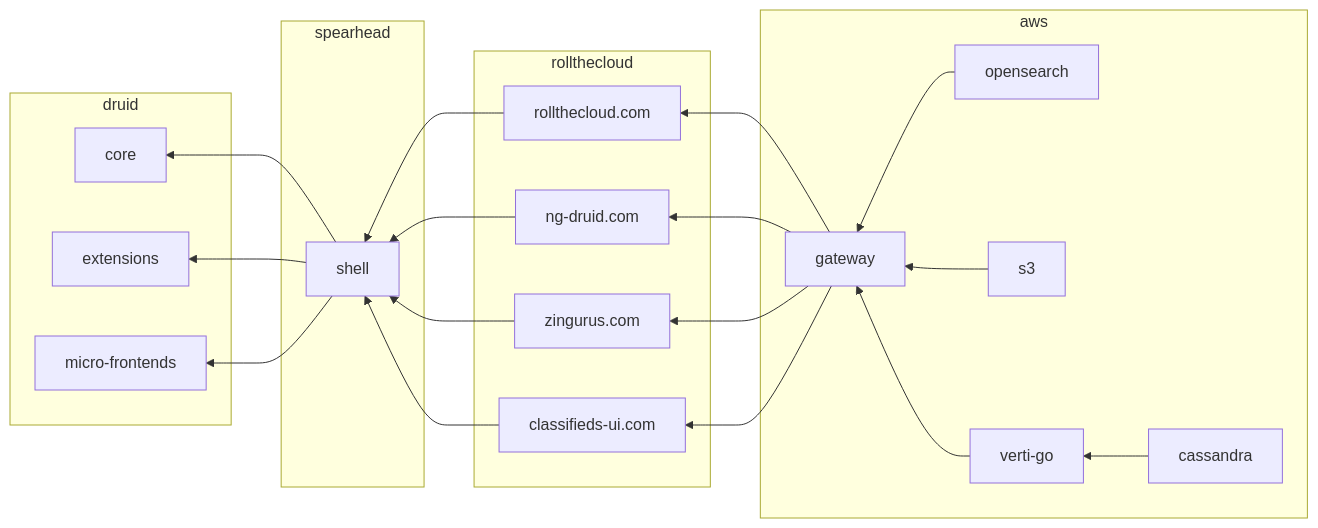
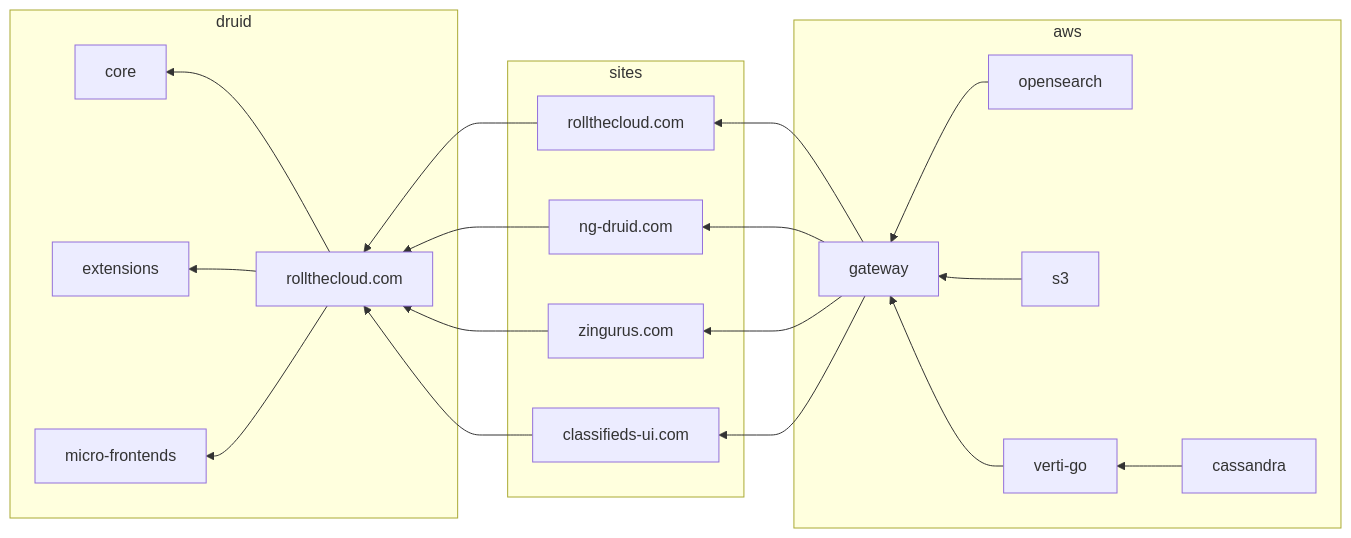
Before and after one commit to rollthecloudinc/quell: the diagram in architecture/ecosystem/README.md, drawn with Mermaid.

````diff
--- a/architecture/ecosystem/README.md
+++ b/architecture/ecosystem/README.md
@@ -5,29 +5,27 @@
 ```mermaid
 flowchart RL
 subgraph druid
 core
 extensions
 micro-frontends
+rollthecloud[rollthecloud.com]-->core
+rollthecloud-->extensions
+rollthecloud-->micro-frontends
 end
-subgraph spearhead
-shell-->core
-shell-->extensions
-shell-->micro-frontends
-end
-subgraph rollthecloud
-dcloud[rollthecloud.com]-->shell
-druid2[ng-druid.com]-->shell
-zingurus[zingurus.com]-->shell
-classifieds-ui[classifieds-ui.com]-->shell
+subgraph sites
+dcloud[rollthecloud.com]-->rollthecloud
+druid2[ng-druid.com]-->rollthecloud
+zingurus[zingurus.com]-->rollthecloud
+classifieds-ui[classifieds-ui.com]-->rollthecloud
 end
 subgraph aws
 gateway-->dcloud
 gateway-->druid2
 gateway-->zingurus
 gateway-->classifieds-ui
 opensearch-->gateway
 s3-->gateway
 verti-go-->gateway
 cassandra-->verti-go
 end
 ```
````
